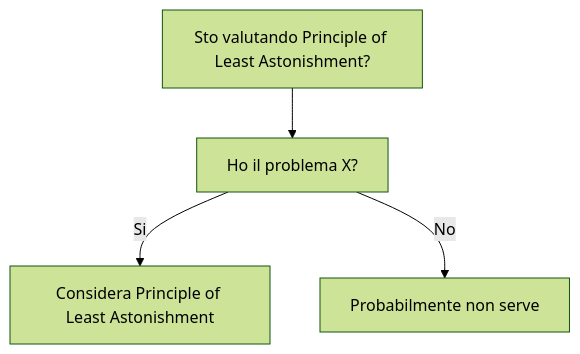
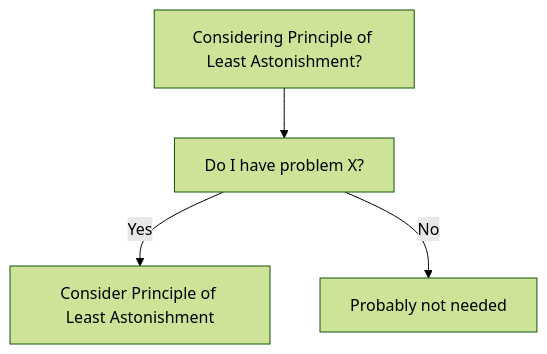
The diagram in dev-wiki/01_Foundations/Principle_of_Least_Astonishment/When_To_Use.md (HxT9/Software-Dev-Wiki), drawn with Mermaid (forest theme) before and after one commit. The commit also changed other lines of this file and 3444 other files, not shown here.

````diff
--- a/dev-wiki/01_Foundations/Principle_of_Least_Astonishment/When_To_Use.md
+++ b/dev-wiki/01_Foundations/Principle_of_Least_Astonishment/When_To_Use.md
@@ -19,6 +19,6 @@
 ```mermaid
 flowchart TD
-  Q[Sto valutando Principle of Least Astonishment?] --> Q1[Ho il problema X?]
-  Q1 -->|Si| OK[Considera Principle of Least Astonishment]
-  Q1 -->|No| NO[Probabilmente non serve]
+  Q[Considering Principle of Least Astonishment?] --> Q1[Do I have problem X?]
+  Q1 -->|Yes| OK[Consider Principle of Least Astonishment]
+  Q1 -->|No| NO[Probably not needed]
 ```
````
